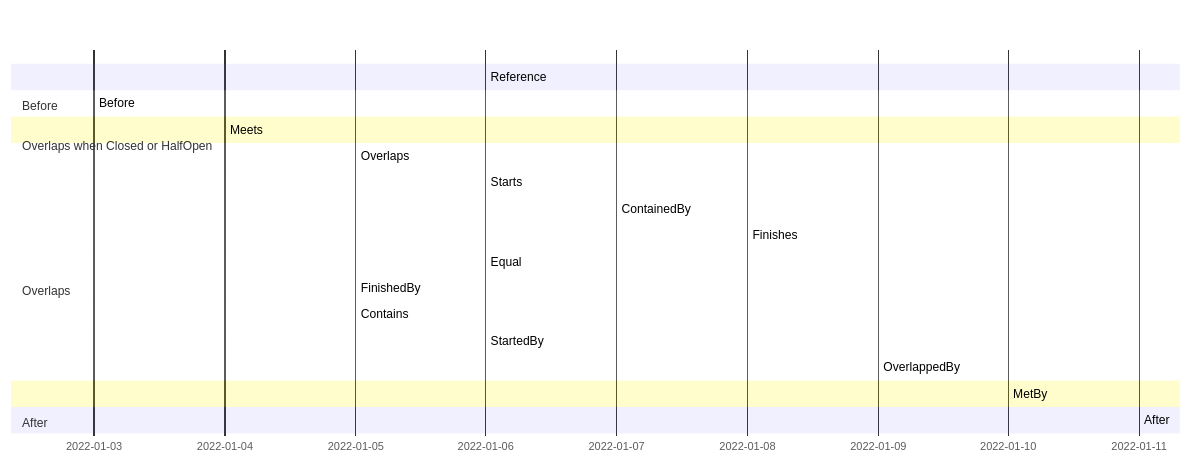
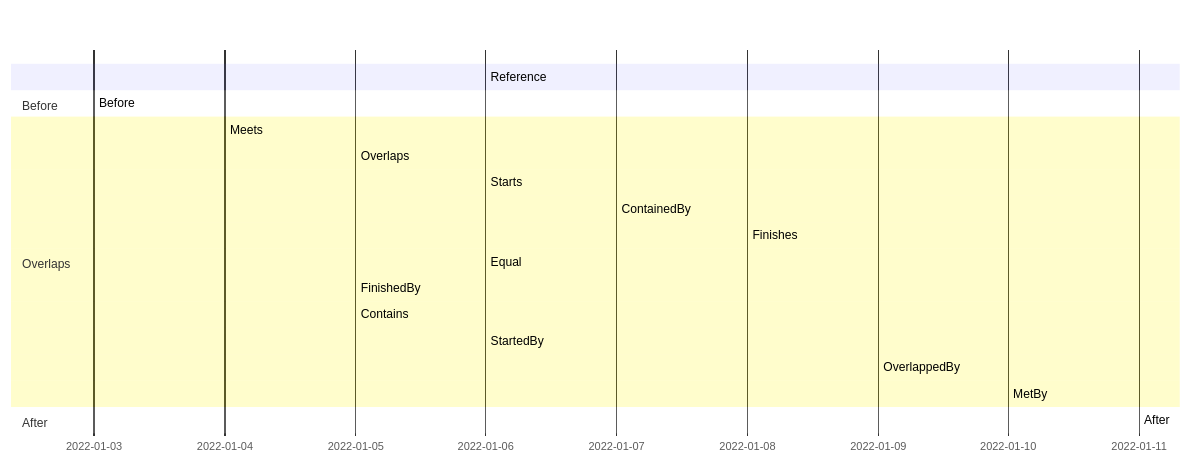
One commit to viclang/IntervalSets changed the diagram in README.md. Above: the diagram before and after it, drawn with Mermaid.

````diff
--- a/README.md
+++ b/README.md
@@ -5,27 +5,23 @@
 ```mermaid
 gantt
     Reference :crit, active, a, 2022-01-06, 2022-01-10
 
     section Before
     Before :crit, b, 2022-01-03, 2022-01-05
-   
-    section Overlaps when Closed or HalfOpen
-    Meets :crit, c, 2022-01-04, 2022-01-06
 
     section Overlaps
+    Meets :crit, c, 2022-01-04, 2022-01-06
     Overlaps :crit, d, 2022-01-05, 2022-01-07
     Starts :crit, e, 2022-01-06, 2022-01-08
     ContainedBy :crit, f, 2022-01-07, 2022-01-09
     Finishes :crit, g, 2022-01-08, 2022-01-10
     Equal :crit, h, 2022-01-06, 2022-01-10
     FinishedBy :crit, i, 2022-01-05, 2022-01-10
     Contains :crit, j, 2022-01-05, 2022-01-11
     StartedBy :crit, k, 2022-01-06, 2022-01-11
     OverlappedBy :crit, l, 2022-01-09, 2022-01-11
-
-    section Overlaps when Closed or HalfOpen
     MetBy :crit, m, 2022-01-10, 2022-01-12
 
     section After
     After :crit, n, 2022-01-11, 2022-01-13
 ```
````
